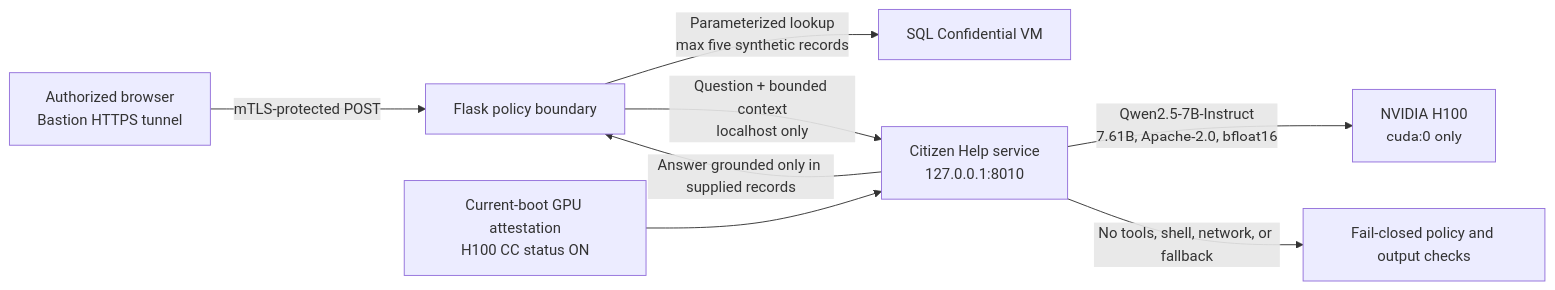
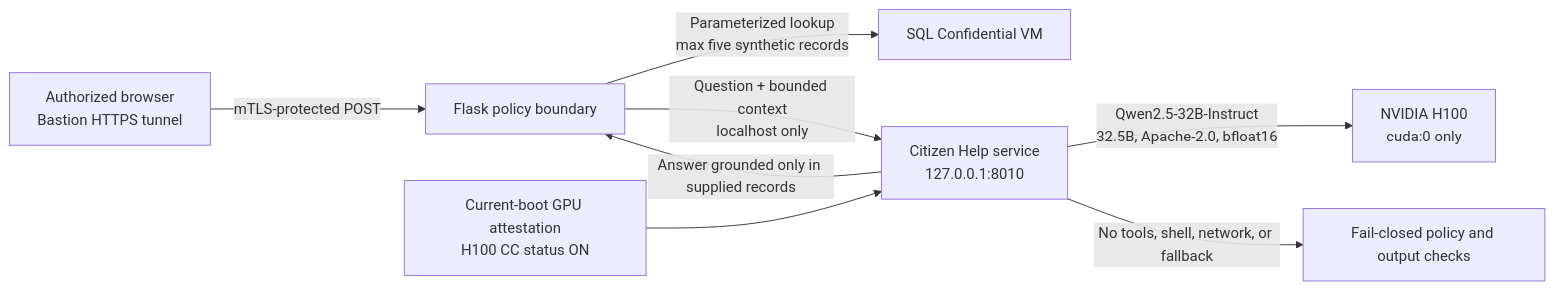
Before and after one commit to vinfnet/confidential-computing: the third of 3 diagrams in sov-examples/citizen-registry-advanced/ARCHITECTURE.md, drawn with Mermaid. The commit also changed other lines of this file and 5 other files, not shown here.

First line of the commit message:
Upgrade Citizen Help to Qwen 32B

````diff
--- a/sov-examples/citizen-registry-advanced/ARCHITECTURE.md
+++ b/sov-examples/citizen-registry-advanced/ARCHITECTURE.md
@@ -140,10 +140,10 @@
 ```mermaid
 flowchart LR
    Browser[Authorized browser<br/>Bastion HTTPS tunnel] -->|mTLS-protected POST| Flask[Flask policy boundary]
    Flask -->|Parameterized lookup<br/>max five synthetic records| Sql[SQL Confidential VM]
    Flask -->|Question + bounded context<br/>localhost only| Help[Citizen Help service<br/>127.0.0.1:8010]
    Gate[Current-boot GPU attestation<br/>H100 CC status ON] --> Help
-   Help -->|Qwen2.5-7B-Instruct<br/>7.61B, Apache-2.0, bfloat16| H100[NVIDIA H100<br/>cuda:0 only]
+   Help -->|Qwen2.5-32B-Instruct<br/>32.5B, Apache-2.0, bfloat16| H100[NVIDIA H100<br/>cuda:0 only]
    Help -->|No tools, shell, network, or fallback| Refusal[Fail-closed policy and output checks]
    Help -->|Answer grounded only in supplied records| Flask
 ```
````
